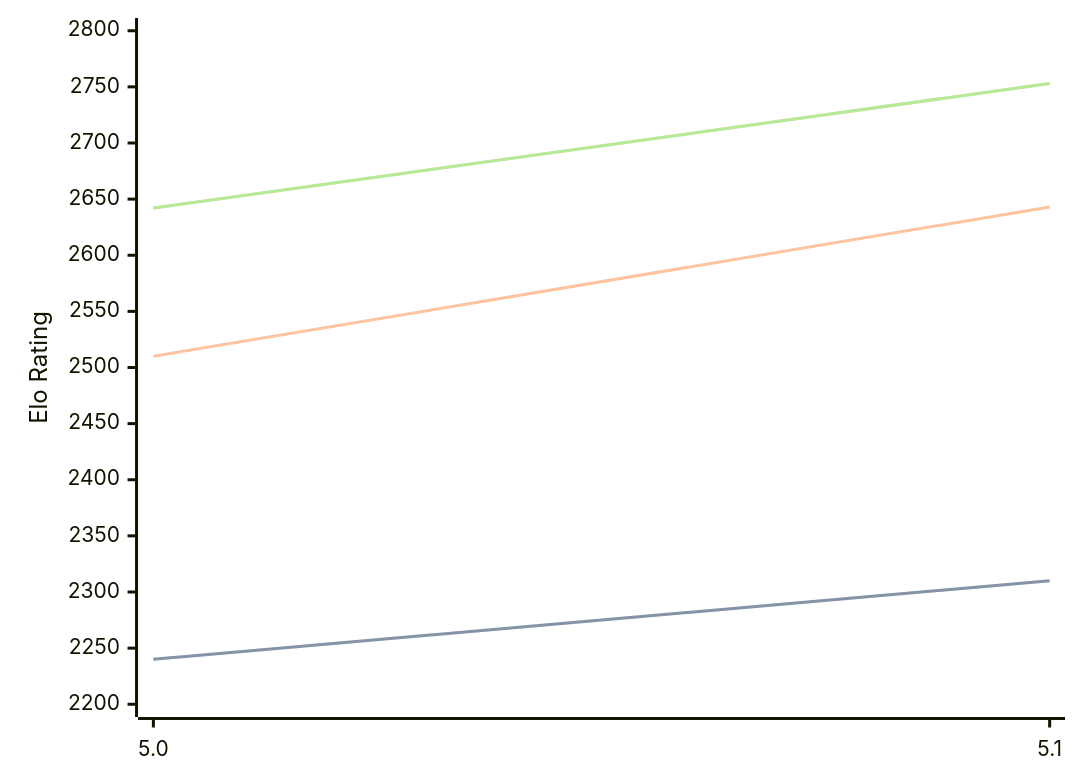
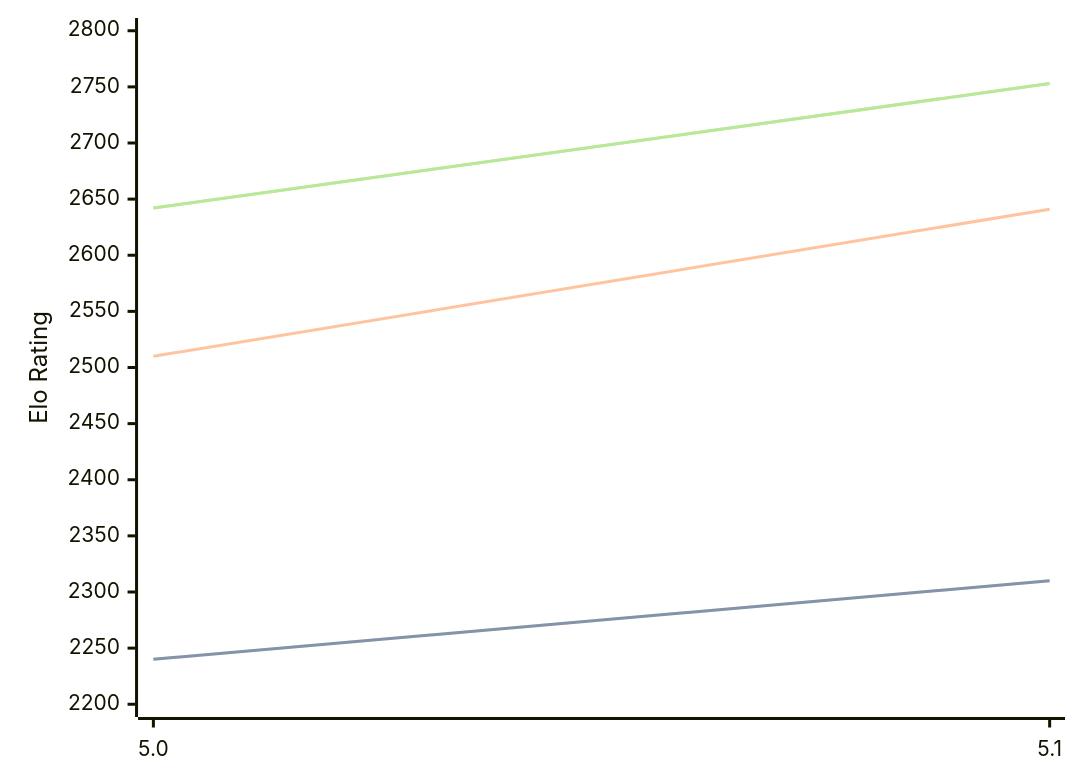
One commit to computer-chess-index/cci changed the diagram in engines/Dorky.md. Above: the diagram before and after it, drawn with Mermaid. The commit also changed other lines of this file, not shown here.

````diff
--- a/engines/Dorky.md
+++ b/engines/Dorky.md
@@ -32,11 +32,11 @@
 ```mermaid
 %%{init: {"theme":"base","themeVariables":{"seriesColors:['#a3a3a3','#222221','#faa371']}}}%%
 xychart-beta
   x-axis ["5.0", "5.1"]
   y-axis "Elo Rating" 2200 --> 2800
   line "" [2240, 2310]
   line "STC (8.0+0.08s)" [2240, 2310]
-  line "LTC (60.0+0.60s)" [2510, 2643]
+  line "LTC (60.0+0.60s)" [2510, 2641]
   line "" [2642, 2753]
   line "VLTC (2m24s+1.12s)" [2642, 2753]
 ```
````
